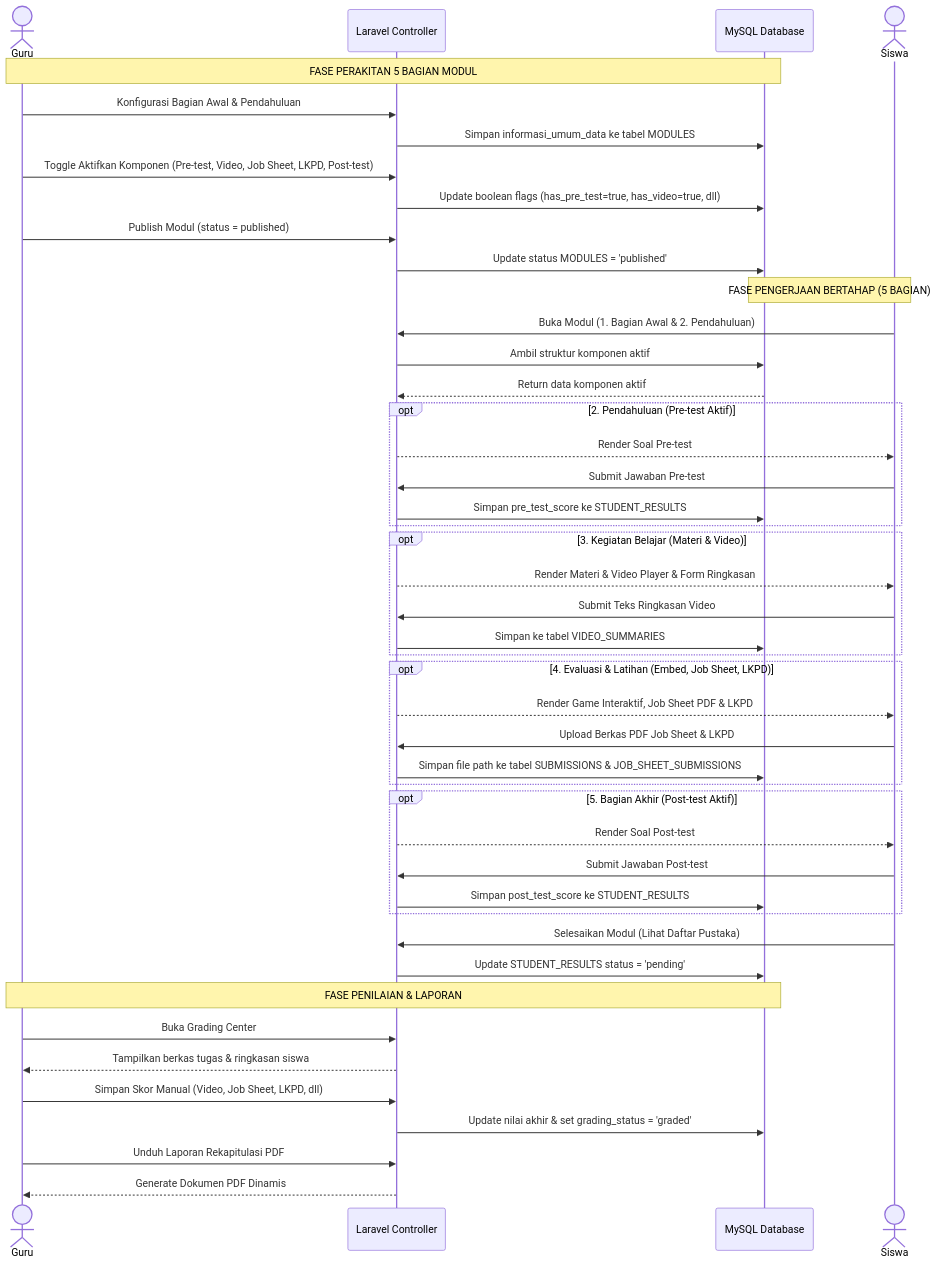
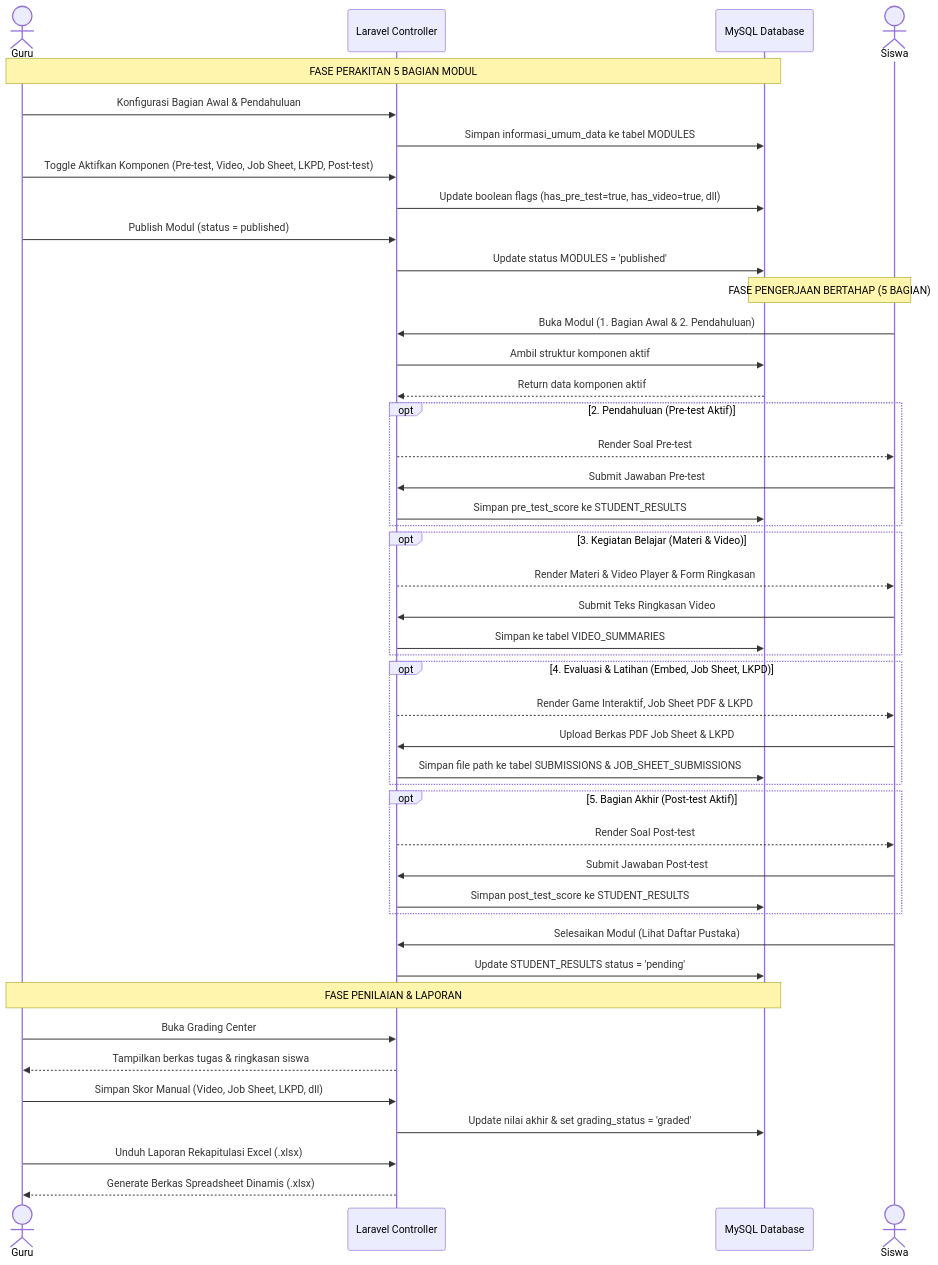
Before and after one commit to AdiLamunedo21/e-modul: the first of 2 diagrams in prd.md, drawn with Mermaid. The commit also changed other lines of this file and 25 other files, not shown here.

Commit message:
feat: pembaruan modul laporan excel, perbaikan filter responsif, dan penyelarasan desain banner kelas binaan

````diff
--- a/prd.md
+++ b/prd.md
@@ -218,55 +218,55 @@
 ```mermaid
 sequenceDiagram
     actor Guru
     participant Server as Laravel Controller
     participant DB as MySQL Database
     actor Siswa
 
     Note over Guru, DB: FASE PERAKITAN 5 BAGIAN MODUL
     Guru->>Server: Konfigurasi Bagian Awal & Pendahuluan
     Server->>DB: Simpan informasi_umum_data ke tabel MODULES
     Guru->>Server: Toggle Aktifkan Komponen (Pre-test, Video, Job Sheet, LKPD, Post-test)
     Server->>DB: Update boolean flags (has_pre_test=true, has_video=true, dll)
     Guru->>Server: Publish Modul (status = published)
     Server->>DB: Update status MODULES = 'published'
 
     Note over Siswa, DB: FASE PENGERJAAN BERTAHAP (5 BAGIAN)
     Siswa->>Server: Buka Modul (1. Bagian Awal & 2. Pendahuluan)
     Server->>DB: Ambil struktur komponen aktif
     DB-->>Server: Return data komponen aktif
     
     opt 2. Pendahuluan (Pre-test Aktif)
         Server-->>Siswa: Render Soal Pre-test
         Siswa->>Server: Submit Jawaban Pre-test
         Server->>DB: Simpan pre_test_score ke STUDENT_RESULTS
     end
 
     opt 3. Kegiatan Belajar (Materi & Video)
         Server-->>Siswa: Render Materi & Video Player & Form Ringkasan
         Siswa->>Server: Submit Teks Ringkasan Video
         Server->>DB: Simpan ke tabel VIDEO_SUMMARIES
     end
 
     opt 4. Evaluasi & Latihan (Embed, Job Sheet, LKPD)
         Server-->>Siswa: Render Game Interaktif, Job Sheet PDF & LKPD
         Siswa->>Server: Upload Berkas PDF Job Sheet & LKPD
         Server->>DB: Simpan file path ke tabel SUBMISSIONS & JOB_SHEET_SUBMISSIONS
     end
 
     opt 5. Bagian Akhir (Post-test Aktif)
         Server-->>Siswa: Render Soal Post-test
         Siswa->>Server: Submit Jawaban Post-test
         Server->>DB: Simpan post_test_score ke STUDENT_RESULTS
     end
 
     Siswa->>Server: Selesaikan Modul (Lihat Daftar Pustaka)
     Server->>DB: Update STUDENT_RESULTS status = 'pending'
 
     Note over Guru, DB: FASE PENILAIAN & LAPORAN
     Guru->>Server: Buka Grading Center
     Server-->>Guru: Tampilkan berkas tugas & ringkasan siswa
     Guru->>Server: Simpan Skor Manual (Video, Job Sheet, LKPD, dll)
     Server->>DB: Update nilai akhir & set grading_status = 'graded'
-    Guru->>Server: Unduh Laporan Rekapitulasi PDF
-    Server-->>Guru: Generate Dokumen PDF Dinamis
+    Guru->>Server: Unduh Laporan Rekapitulasi Excel (.xlsx)
+    Server-->>Guru: Generate Berkas Spreadsheet Dinamis (.xlsx)
 ```
````
